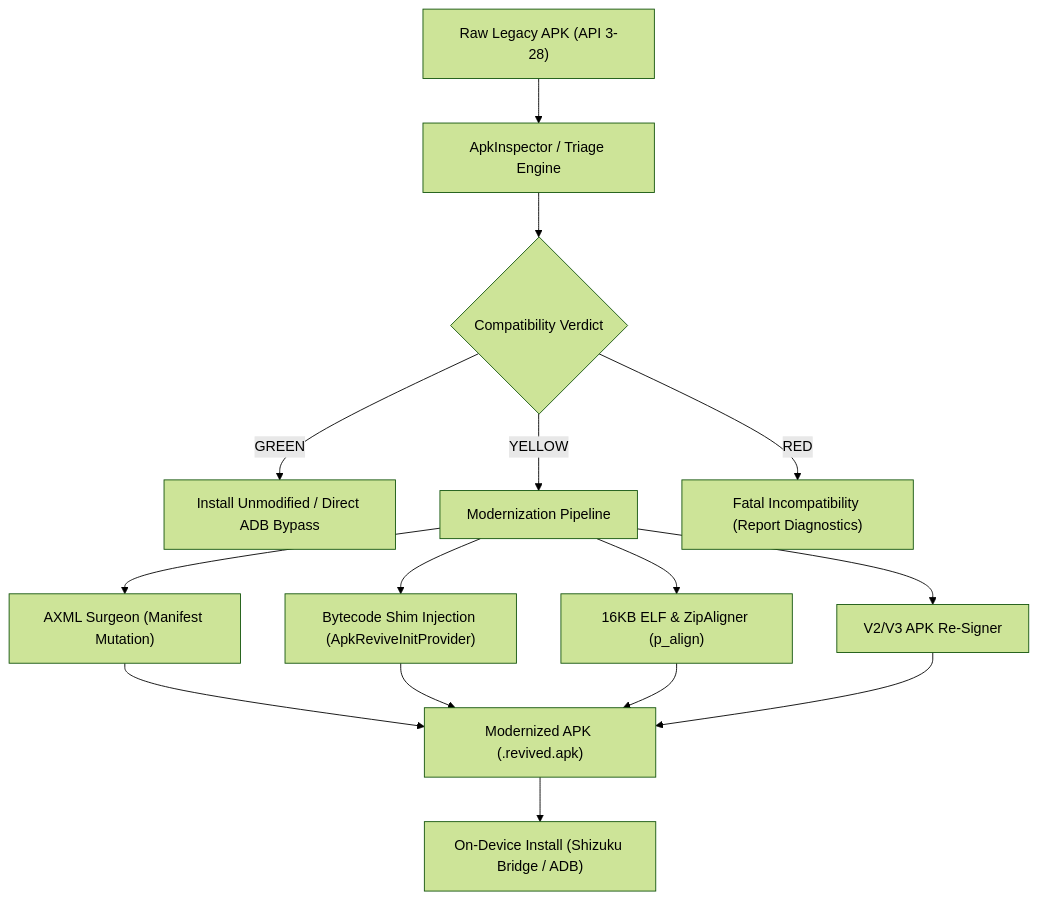
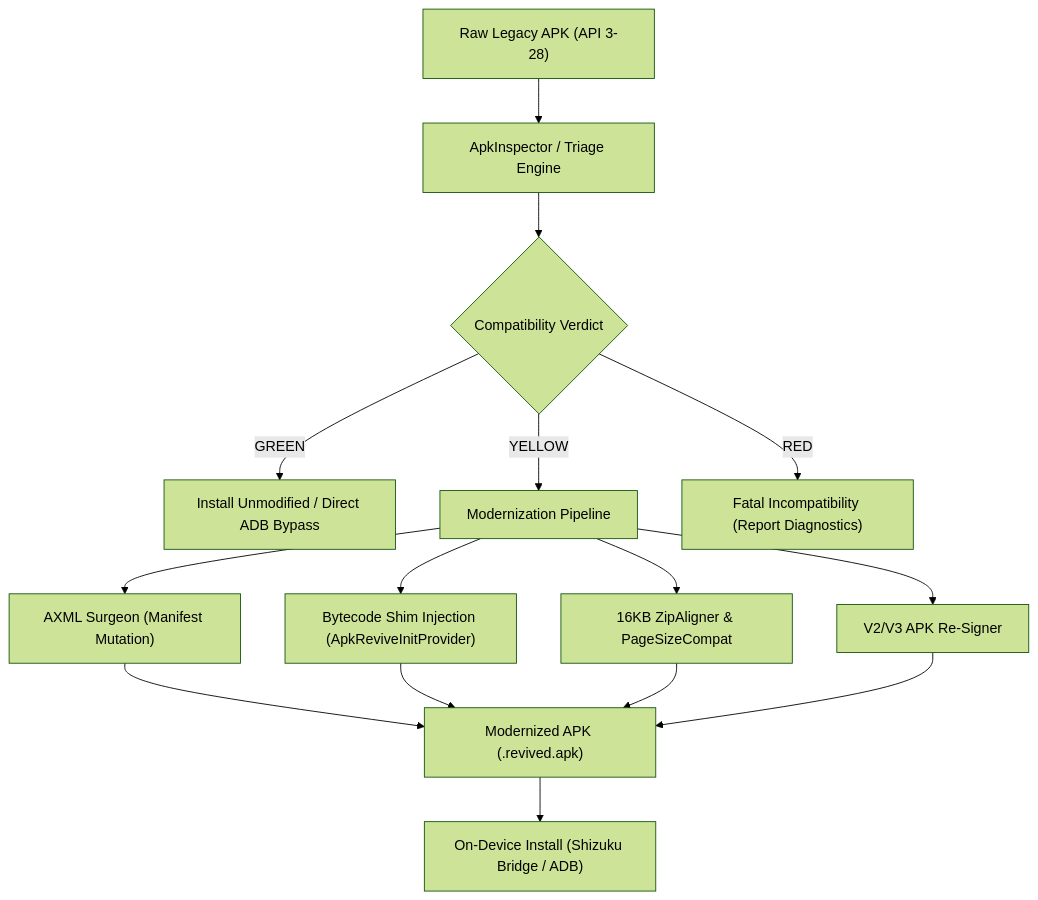
One commit to garouthehumanmonster/ApkRevive changed the diagram in README.md. Above: the diagram before and after it, drawn with Mermaid (forest theme). The commit also changed other lines of this file and 4 other files, not shown here.

````diff
--- a/README.md
+++ b/README.md
@@ -14,21 +18,21 @@
 ```mermaid
 flowchart TD
     A["Raw Legacy APK (API 3-28)"] --> B["ApkInspector / Triage Engine"]
     B --> C{"Compatibility Verdict"}
     
     C -->|"GREEN"| D["Install Unmodified / Direct ADB Bypass"]
     C -->|"YELLOW"| E["Modernization Pipeline"]
     C -->|"RED"| F["Fatal Incompatibility (Report Diagnostics)"]
     
     E --> G["AXML Surgeon (Manifest Mutation)"]
     E --> H["Bytecode Shim Injection (ApkReviveInitProvider)"]
-    E --> I["16KB ELF & ZipAligner (p_align)"]
+    E --> I["16KB ZipAligner & PageSizeCompat"]
     E --> J["V2/V3 APK Re-Signer"]
     
     G --> K["Modernized APK (.revived.apk)"]
     H --> K
     I --> K
     J --> K
     
     K --> L["On-Device Install (Shizuku Bridge / ADB)"]
 ```
````
